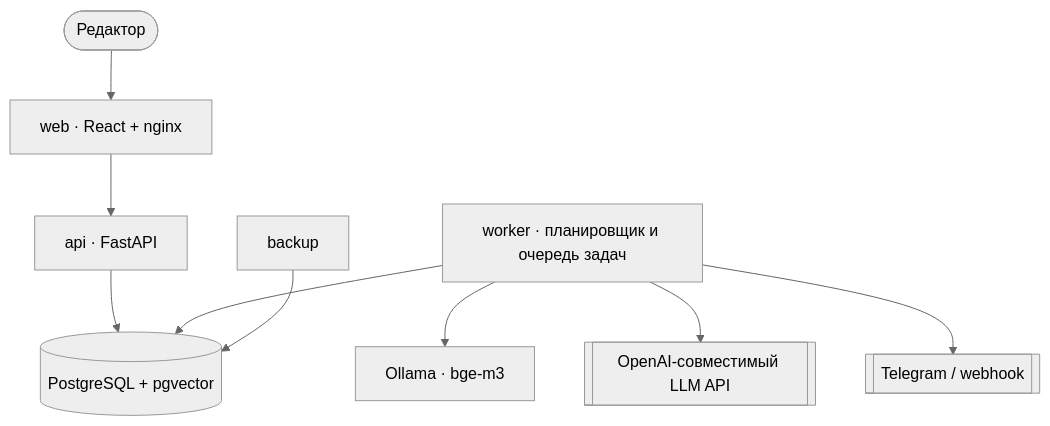
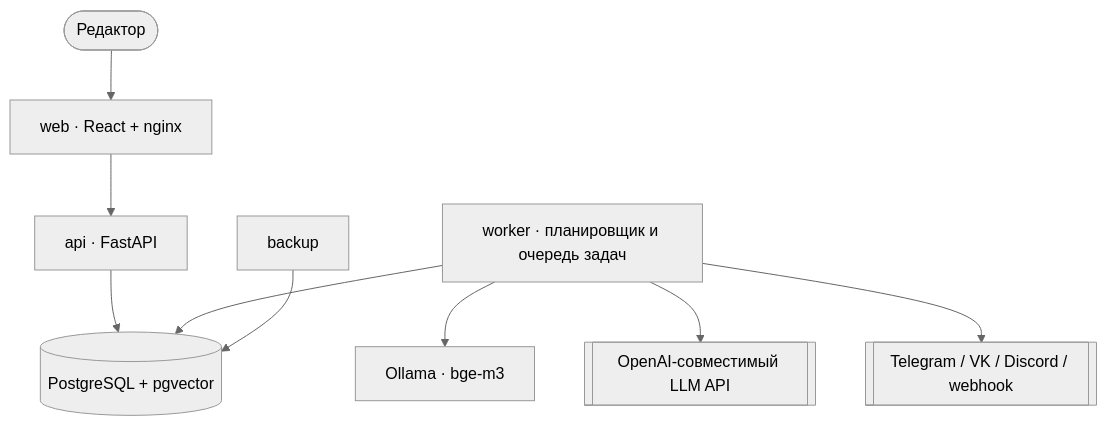
The second of 2 diagrams in README.md (marienbaum77/pulse), drawn with Mermaid (neutral theme) before and after one commit. The commit also changed other lines of this file and 51 other files, not shown here.

````diff
--- a/README.md
+++ b/README.md
@@ -73,11 +75,11 @@
 ```mermaid
 flowchart TB
     U([Редактор]) --> W[web · React + nginx]
     W --> API[api · FastAPI]
     API --> DB[(PostgreSQL + pgvector)]
     WK[worker · планировщик и очередь задач] --> DB
     WK --> OL[Ollama · bge-m3]
     WK --> LLM[[OpenAI-совместимый LLM API]]
-    WK --> TG[[Telegram / webhook]]
+    WK --> TG[[Telegram / VK / Discord / webhook]]
     BK[backup] --> DB
 ```
````
